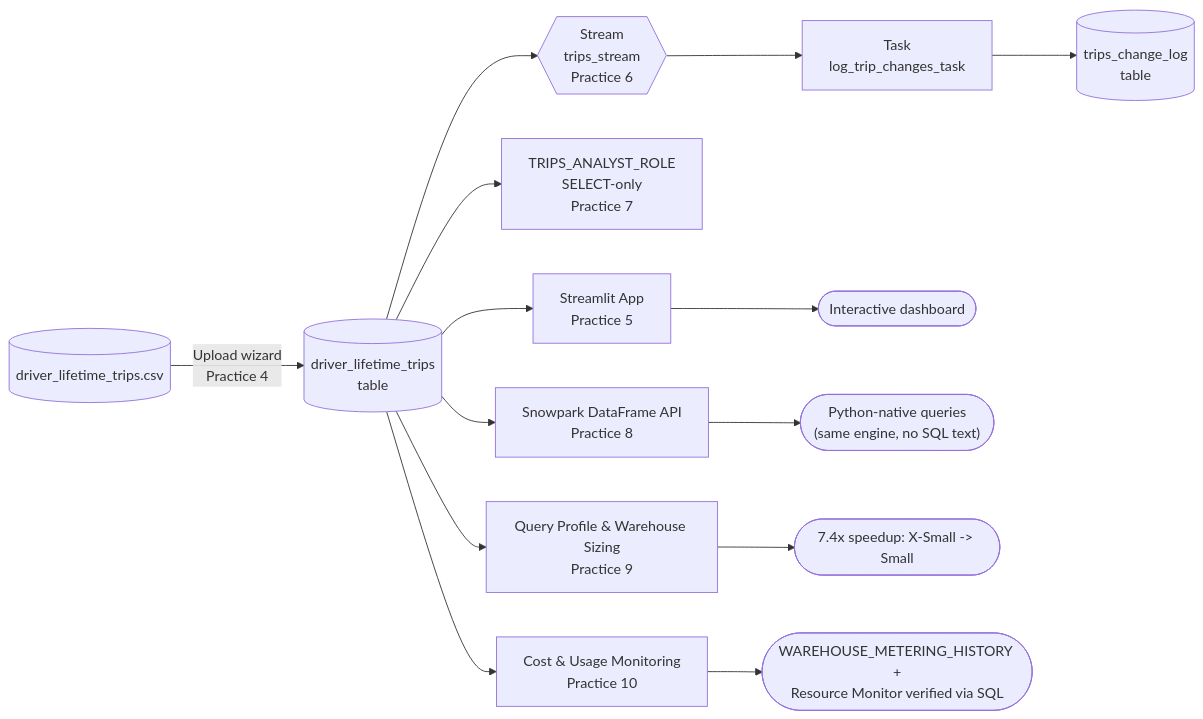
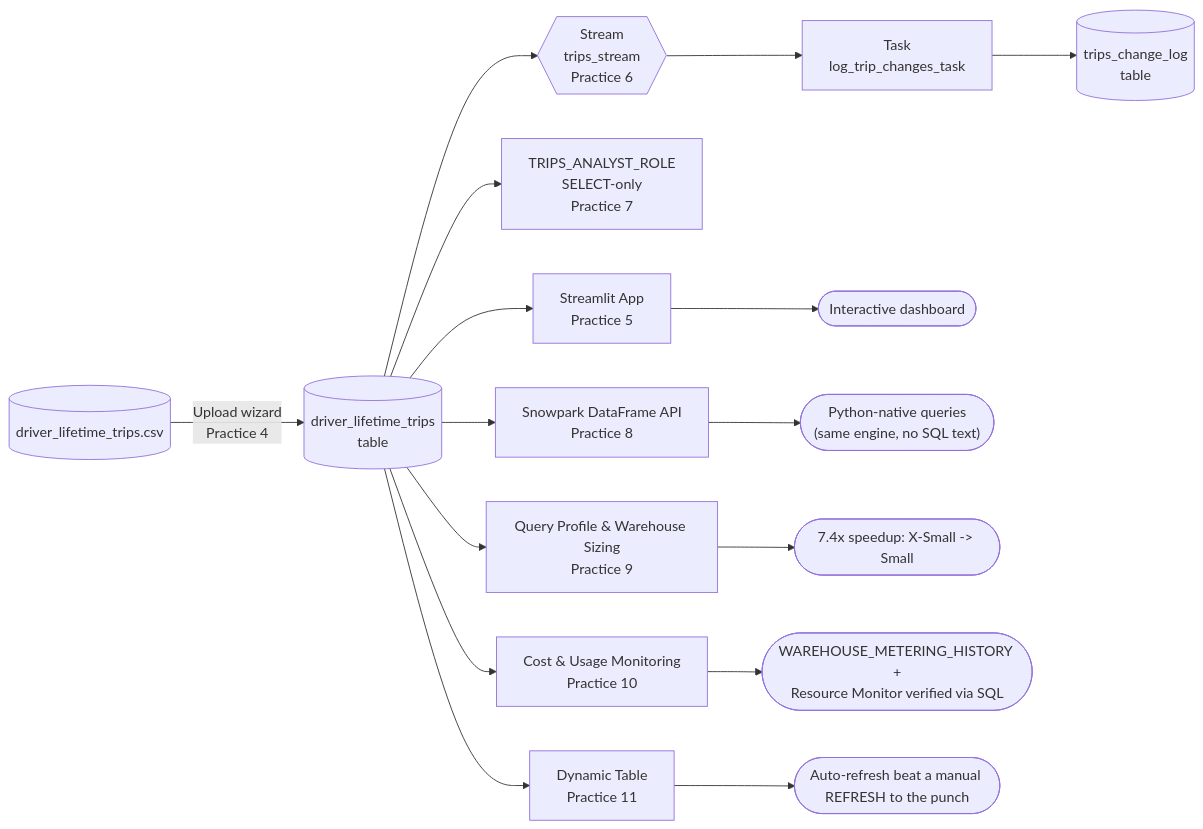
One commit to evgeniimatveev/Snowflake-A-Z changed the diagram in README.md. Above: the diagram before and after it, drawn with Mermaid. The commit also changed other lines of this file, not shown here.

Commit message:
Add Dynamic Tables branch to architecture diagram (practice 11)

````diff
--- a/README.md
+++ b/README.md
@@ -38,16 +38,18 @@
 ```mermaid
 flowchart LR
     A[("driver_lifetime_trips.csv")] -->|"Upload wizard<br/>Practice 4"| B[("driver_lifetime_trips<br/>table")]
     B --> C{{"Stream<br/>trips_stream<br/>Practice 6"}}
     C --> D["Task<br/>log_trip_changes_task"]
     D --> E[("trips_change_log<br/>table")]
     B --> F["TRIPS_ANALYST_ROLE<br/>SELECT-only<br/>Practice 7"]
     B --> G["Streamlit App<br/>Practice 5"]
     G --> H(["Interactive dashboard"])
     B --> I["Snowpark DataFrame API<br/>Practice 8"]
     I --> J(["Python-native queries<br/>(same engine, no SQL text)"])
     B --> K["Query Profile & Warehouse Sizing<br/>Practice 9"]
     K --> L(["7.4x speedup: X-Small -> Small"])
     B --> M["Cost & Usage Monitoring<br/>Practice 10"]
     M --> N(["WAREHOUSE_METERING_HISTORY +<br/>Resource Monitor verified via SQL"])
+    B --> O["Dynamic Table<br/>Practice 11"]
+    O --> P(["Auto-refresh beat a manual REFRESH to the punch"])
 ```
````
